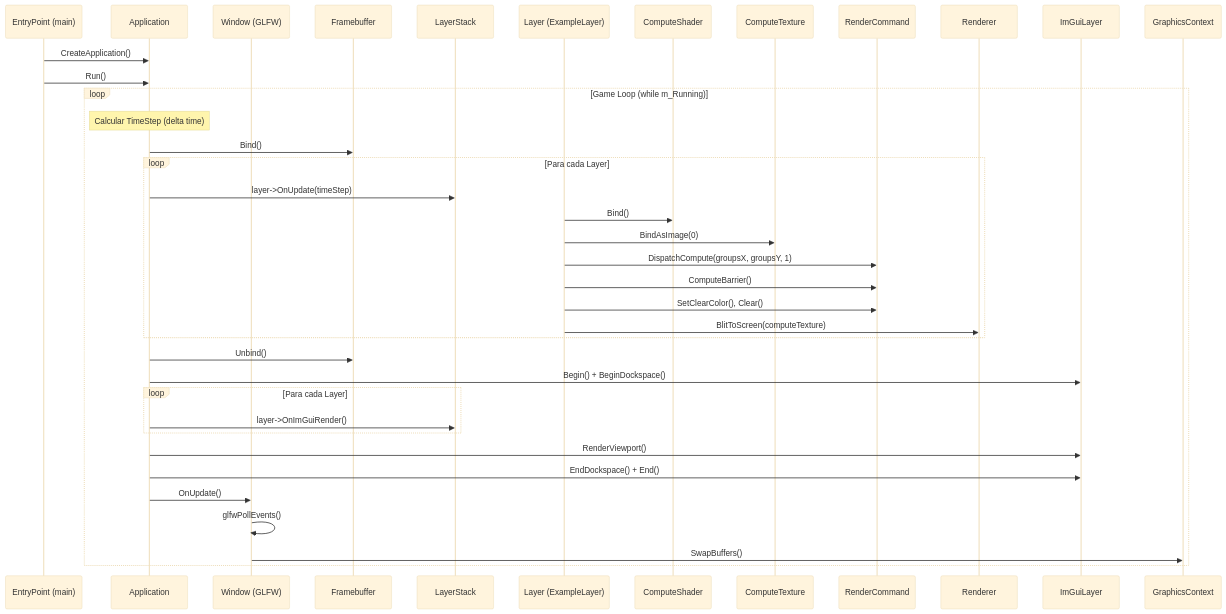
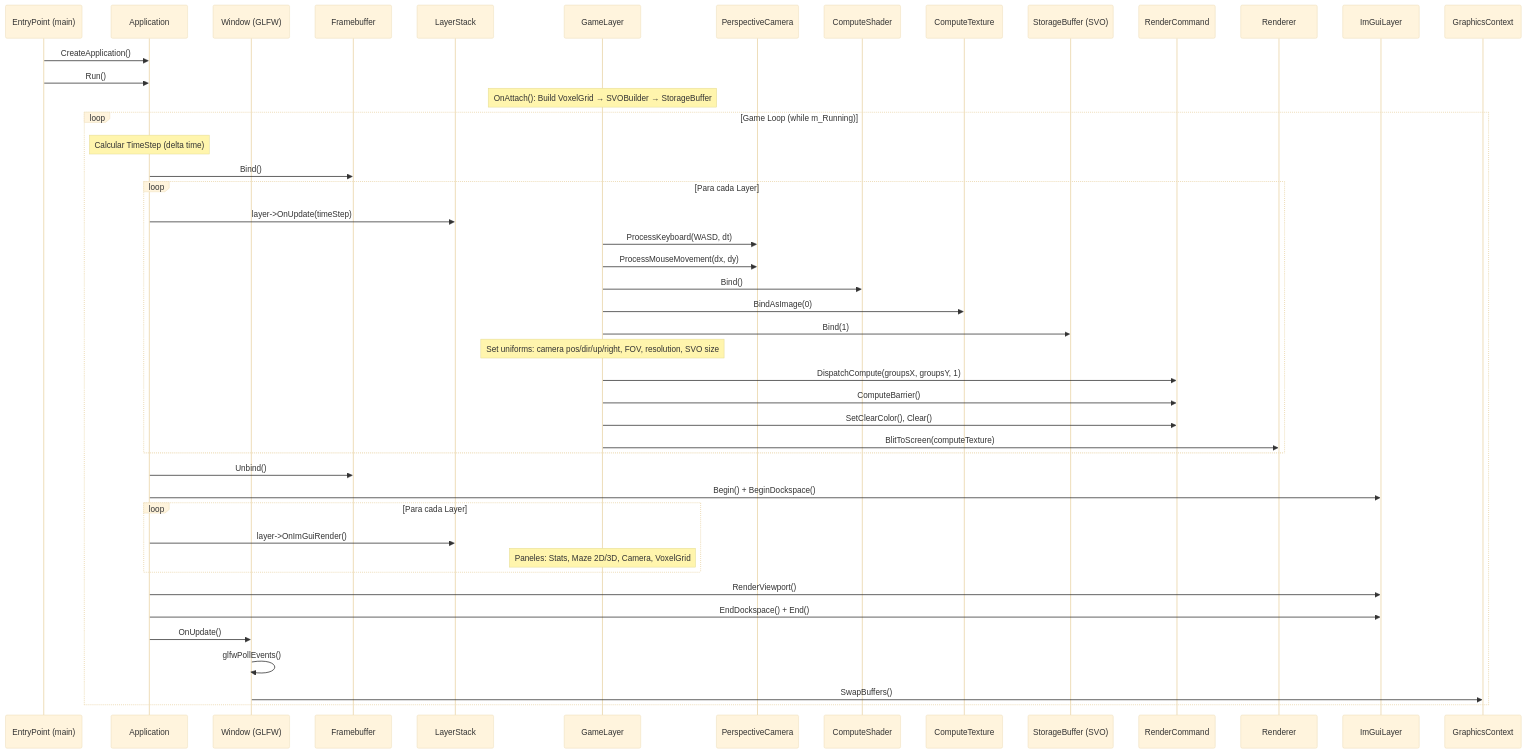
Before and after one commit to Tanque40/Lore: the fifth of 7 diagrams in README.md, drawn with Mermaid (base theme). The commit also changed other lines of this file, not shown here.

Commit message:
Update README.md: Enhance engine description, add details on PerspectiveCamera and Grid3D, and clarify maze generation algorithms. Include new SVO module structure and class descriptions.

````diff
--- a/README.md
+++ b/README.md
@@ -533,46 +652,55 @@
 ```mermaid
 sequenceDiagram
     participant EP as EntryPoint (main)
     participant App as Application
     participant Win as Window (GLFW)
     participant FB as Framebuffer
     participant LS as LayerStack
-    participant L as Layer (ExampleLayer)
+    participant GL as GameLayer
+    participant Cam as PerspectiveCamera
     participant CS as ComputeShader
     participant CT as ComputeTexture
+    participant SB as StorageBuffer (SVO)
     participant RC as RenderCommand
     participant R as Renderer
     participant IG as ImGuiLayer
     participant GC as GraphicsContext
 
     EP->>App: CreateApplication()
     EP->>App: Run()
 
+    Note over GL: OnAttach(): Build VoxelGrid → SVOBuilder → StorageBuffer
+
     loop Game Loop (while m_Running)
         Note over App: Calcular TimeStep (delta time)
         App->>FB: Bind()
 
         loop Para cada Layer
             App->>LS: layer->OnUpdate(timeStep)
-            L->>CS: Bind()
-            L->>CT: BindAsImage(0)
-            L->>RC: DispatchCompute(groupsX, groupsY, 1)
-            L->>RC: ComputeBarrier()
-            L->>RC: SetClearColor(), Clear()
-            L->>R: BlitToScreen(computeTexture)
+            GL->>Cam: ProcessKeyboard(WASD, dt)
+            GL->>Cam: ProcessMouseMovement(dx, dy)
+            GL->>CS: Bind()
+            GL->>CT: BindAsImage(0)
+            GL->>SB: Bind(1)
+            Note over GL: Set uniforms: camera pos/dir/up/right, FOV, resolution, SVO size
+            GL->>RC: DispatchCompute(groupsX, groupsY, 1)
+            GL->>RC: ComputeBarrier()
+            GL->>RC: SetClearColor(), Clear()
+            GL->>R: BlitToScreen(computeTexture)
         end
 
         App->>FB: Unbind()
 
         App->>IG: Begin() + BeginDockspace()
         loop Para cada Layer
             App->>LS: layer->OnImGuiRender()
+            Note over GL: Paneles: Stats, Maze 2D/3D, Camera, VoxelGrid
         end
         App->>IG: RenderViewport()
         App->>IG: EndDockspace() + End()
 
         App->>Win: OnUpdate()
         Win->>Win: glfwPollEvents()
         Win->>GC: SwapBuffers()
     end
 ```
````
